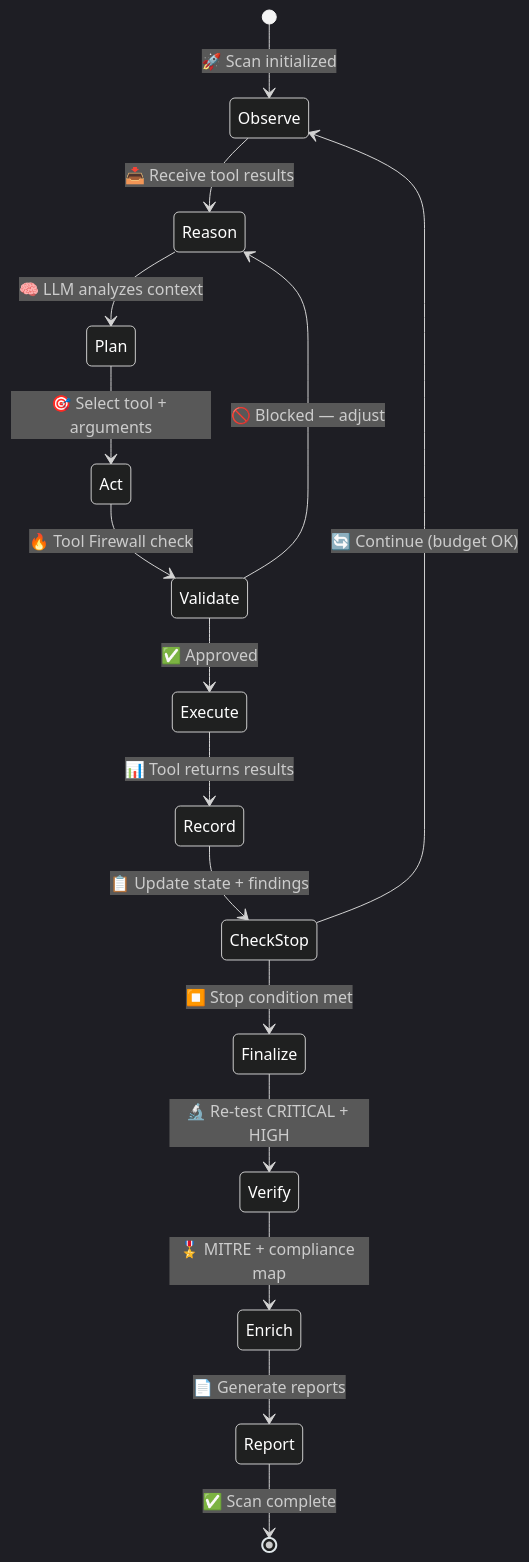
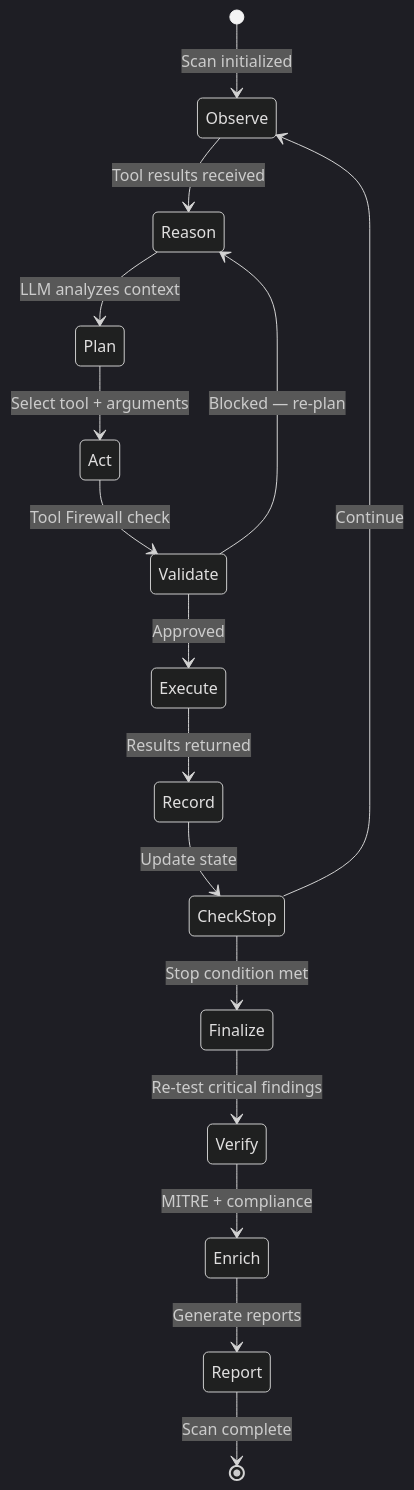
One commit to Usta0x001/Phantom changed the third of 4 diagrams in README.md. Above: the diagram before and after it, drawn with Mermaid. The commit also changed other lines of this file, not shown here.

````diff
--- a/README.md
+++ b/README.md
@@ -251,23 +187,23 @@
 ```mermaid
-%%{init: {'theme': 'dark', 'themeVariables': {'primaryColor': '#e17055', 'primaryTextColor': '#fff', 'primaryBorderColor': '#fab1a0', 'lineColor': '#dfe6e9'}}}%%
+%%{init: {'theme': 'dark'}}%%
 stateDiagram-v2
-    [*] --> Observe: 🚀 Scan initialized
-    Observe --> Reason: 📥 Receive tool results
-    Reason --> Plan: 🧠 LLM analyzes context
-    Plan --> Act: 🎯 Select tool + arguments
-    Act --> Validate: 🔥 Tool Firewall check
+    [*] --> Observe: Scan initialized
+    Observe --> Reason: Tool results received
+    Reason --> Plan: LLM analyzes context
+    Plan --> Act: Select tool + arguments
+    Act --> Validate: Tool Firewall check
 
-    Validate --> Execute: ✅ Approved
-    Validate --> Reason: 🚫 Blocked — adjust
+    Validate --> Execute: Approved
+    Validate --> Reason: Blocked — re-plan
 
-    Execute --> Record: 📊 Tool returns results
-    Record --> CheckStop: 📋 Update state + findings
+    Execute --> Record: Results returned
+    Record --> CheckStop: Update state
 
-    CheckStop --> Observe: 🔄 Continue (budget OK)
-    CheckStop --> Finalize: ⏹️ Stop condition met
+    CheckStop --> Observe: Continue
+    CheckStop --> Finalize: Stop condition met
 
-    Finalize --> Verify: 🔬 Re-test CRITICAL + HIGH
-    Verify --> Enrich: 🎖️ MITRE + compliance map
-    Enrich --> Report: 📄 Generate reports
-    Report --> [*]: ✅ Scan complete
+    Finalize --> Verify: Re-test critical findings
+    Verify --> Enrich: MITRE + compliance
+    Enrich --> Report: Generate reports
+    Report --> [*]: Scan complete
 ```
````
